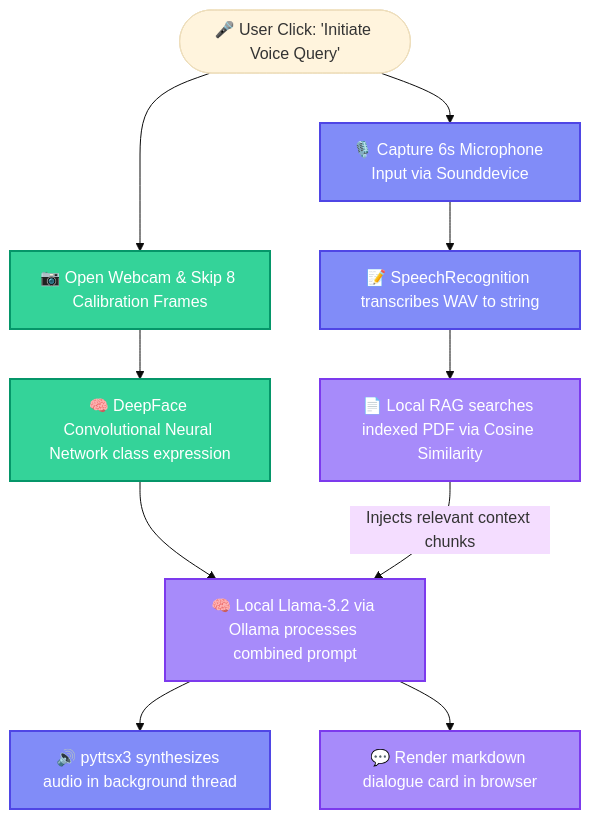
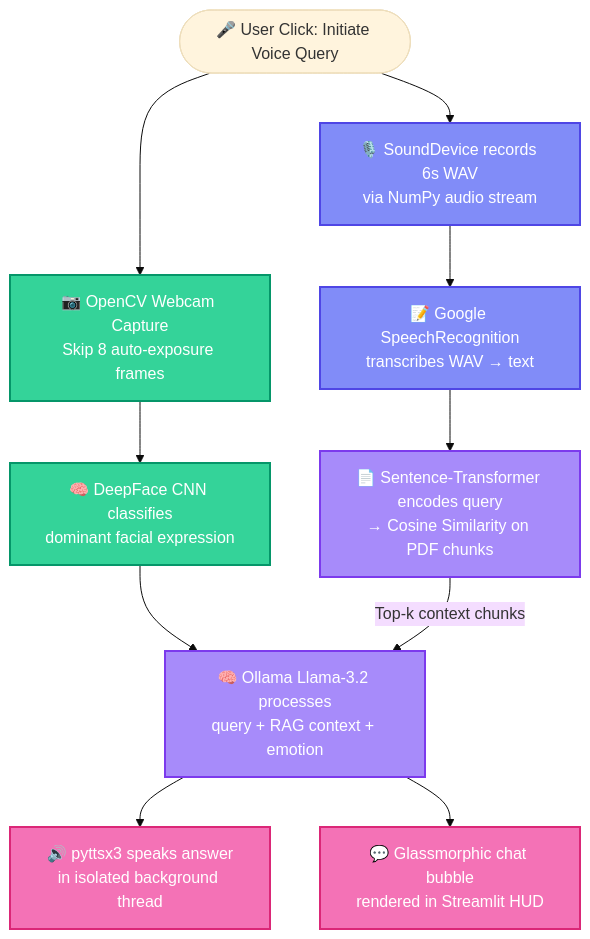
One commit to piyush1008-cyber/jarvis-voice-assistant changed the diagram in README.md. Above: the diagram before and after it, drawn with Mermaid (base theme). The commit also changed other lines of this file, not shown here.

Commit message:
README: world-class animated headers, typing SVG, deep-dives, Mermaid diagrams

````diff
--- a/README.md
+++ b/README.md
@@ -43,19 +56,20 @@
 ```mermaid
 flowchart TD
     classDef voice fill:#818cf8,stroke:#4f46e5,stroke-width:2px,color:#fff;
     classDef vision fill:#34d399,stroke:#059669,stroke-width:2px,color:#fff;
     classDef brain fill:#a78bfa,stroke:#7c3aed,stroke-width:2px,color:#fff;
+    classDef output fill:#f472b6,stroke:#db2777,stroke-width:2px,color:#fff;
 
-    Start([🎤 User Click: 'Initiate Voice Query']) --> Cam[📷 Open Webcam & Skip 8 Calibration Frames]:::vision
-    Start --> Mic[🎙️ Capture 6s Microphone Input via Sounddevice]:::voice
+    Start([🎤 User Click: Initiate Voice Query]) --> Cam[📷 OpenCV Webcam Capture<br/>Skip 8 auto-exposure frames]:::vision
+    Start --> Mic[🎙️ SoundDevice records 6s WAV<br/>via NumPy audio stream]:::voice
     
-    Cam --> Face[🧠 DeepFace Convolutional Neural Network class expression]:::vision
-    Mic --> Trans[📝 SpeechRecognition transcribes WAV to string]:::voice
+    Cam --> Face[🧠 DeepFace CNN classifies<br/>dominant facial expression]:::vision
+    Mic --> Trans[📝 Google SpeechRecognition<br/>transcribes WAV → text]:::voice
     
-    Trans --> RAG[📄 Local RAG searches indexed PDF via Cosine Similarity]:::brain
-    Face --> LLM[🧠 Local Llama-3.2 via Ollama processes combined prompt]:::brain
-    RAG -->|Injects relevant context chunks| LLM
+    Trans --> RAG[📄 Sentence-Transformer encodes query<br/>→ Cosine Similarity on PDF chunks]:::brain
+    Face --> LLM[🧠 Ollama Llama-3.2 processes<br/>query + RAG context + emotion]:::brain
+    RAG -->|Top-k context chunks| LLM
     
-    LLM --> Speak[🔊 pyttsx3 synthesizes audio in background thread]:::voice
-    LLM --> Chat[💬 Render markdown dialogue card in browser]:::brain
+    LLM --> Speak[🔊 pyttsx3 speaks answer<br/>in isolated background thread]:::output
+    LLM --> Chat[💬 Glassmorphic chat bubble<br/>rendered in Streamlit HUD]:::output
 ```
````
